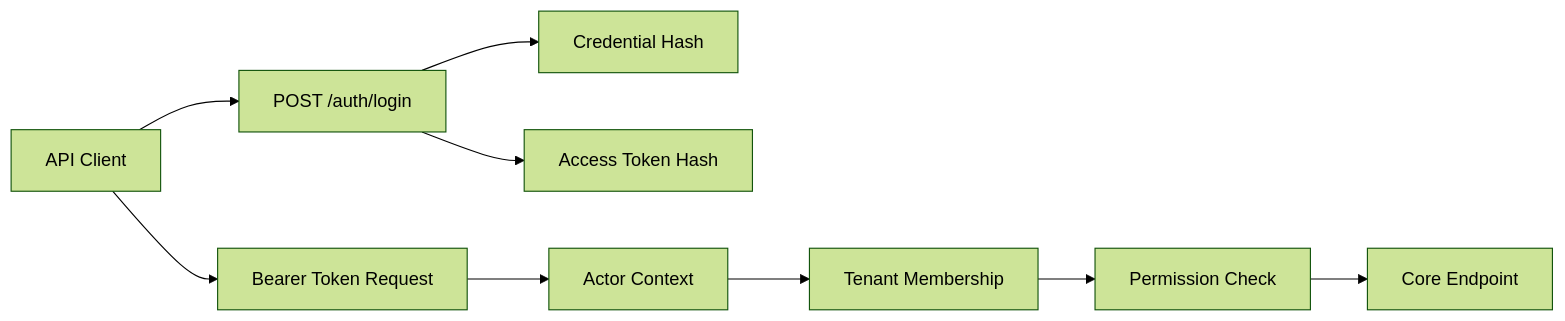
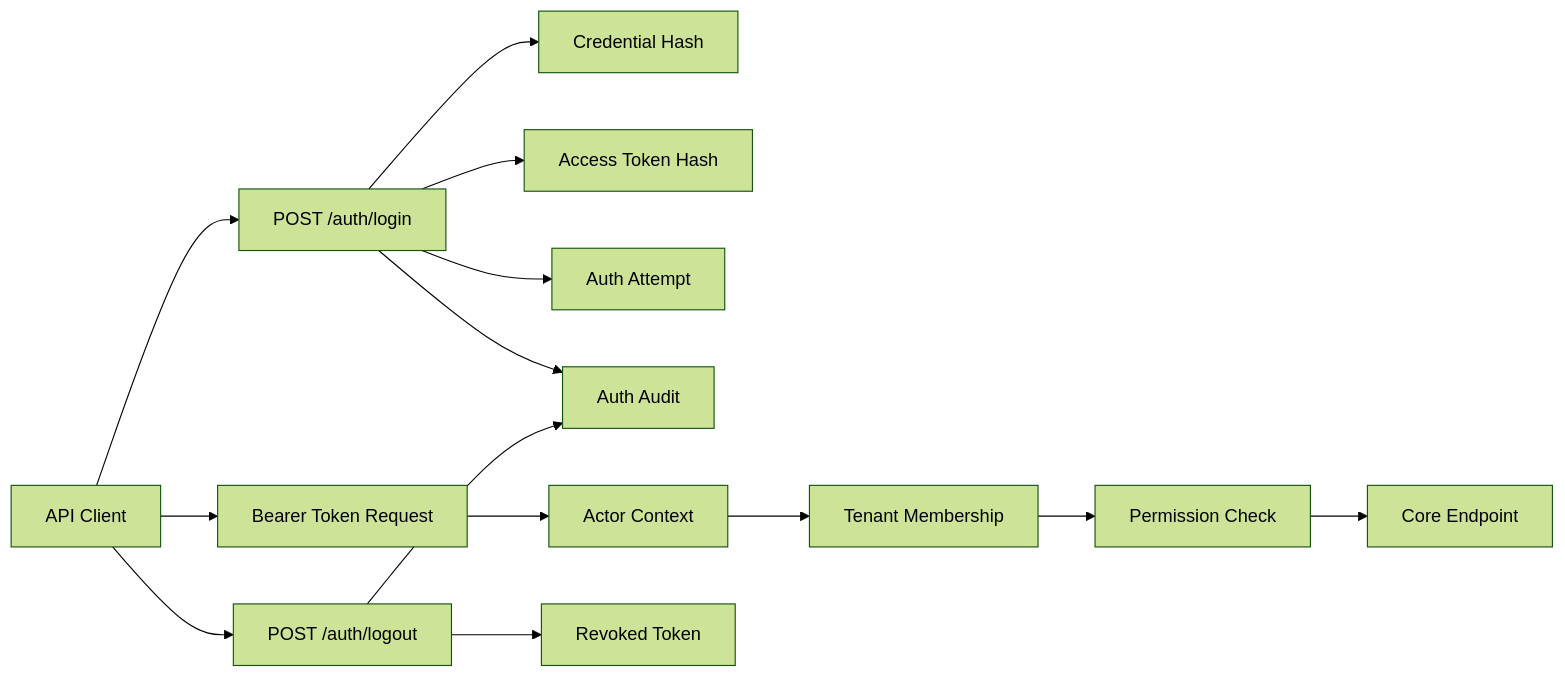
Before and after one commit to AlexGerlitz/drivedesk-core: the third of 7 diagrams in docs/public/ARCHITECTURE_DIAGRAMS.md, drawn with Mermaid (forest theme). The commit also changed 20 other files, not shown here.

Commit message:
Add auth lifecycle audit guard

````diff
--- a/docs/public/ARCHITECTURE_DIAGRAMS.md
+++ b/docs/public/ARCHITECTURE_DIAGRAMS.md
@@ -44,11 +44,16 @@
 ```mermaid
 flowchart LR
   Client["API Client"] --> Login["POST /auth/login"]
   Login --> UserHash["Credential Hash"]
   Login --> TokenHash["Access Token Hash"]
+  Login --> Attempt["Auth Attempt"]
+  Login --> Audit["Auth Audit"]
   Client --> Bearer["Bearer Token Request"]
   Bearer --> Actor["Actor Context"]
   Actor --> Membership["Tenant Membership"]
   Membership --> RBAC["Permission Check"]
   RBAC --> Endpoint["Core Endpoint"]
+  Client --> Logout["POST /auth/logout"]
+  Logout --> Revoked["Revoked Token"]
+  Logout --> Audit
 ```
````
